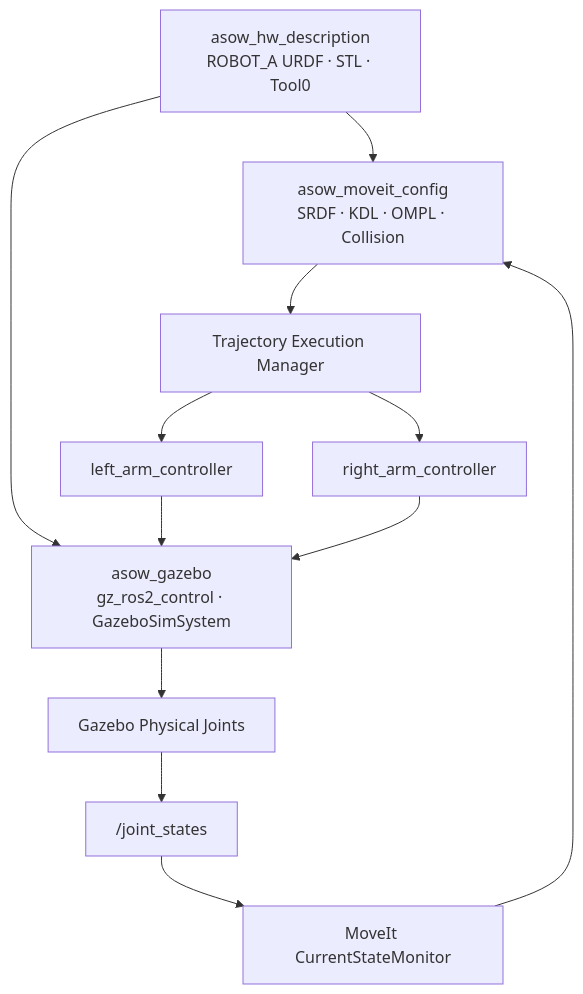
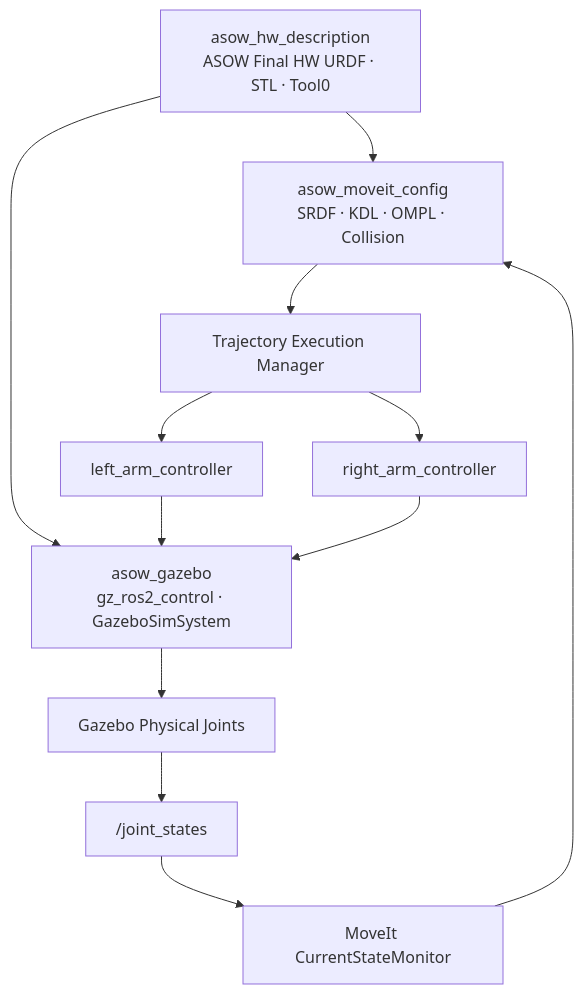
One commit to giheon/ASOW_ros2 changed the diagram in README.md. Above: the diagram before and after it, drawn with Mermaid. The commit also changed other lines of this file and 1 other file, not shown here.

Commit message:
docs: update final HW Gazebo baseline

````diff
--- a/README.md
+++ b/README.md
@@ -49,30 +60,30 @@
 ```mermaid
 flowchart TB
-    MODEL["asow_hw_description<br/>ROBOT_A URDF · STL · Tool0"]
+    MODEL["asow_hw_description<br/>ASOW Final HW URDF · STL · Tool0"]
 
     MOVEIT["asow_moveit_config<br/>SRDF · KDL · OMPL · Collision"]
     TEM["Trajectory Execution Manager"]
 
     LEFT["left_arm_controller"]
     RIGHT["right_arm_controller"]
 
     GAZEBO["asow_gazebo<br/>gz_ros2_control · GazeboSimSystem"]
     JOINTS["Gazebo Physical Joints"]
     STATE["/joint_states"]
     MONITOR["MoveIt CurrentStateMonitor"]
 
     MODEL --> MOVEIT
     MODEL --> GAZEBO
 
     MOVEIT --> TEM
     TEM --> LEFT
     TEM --> RIGHT
 
     LEFT --> GAZEBO
     RIGHT --> GAZEBO
 
     GAZEBO --> JOINTS
     JOINTS --> STATE
     STATE --> MONITOR
     MONITOR --> MOVEIT
 ```
````
